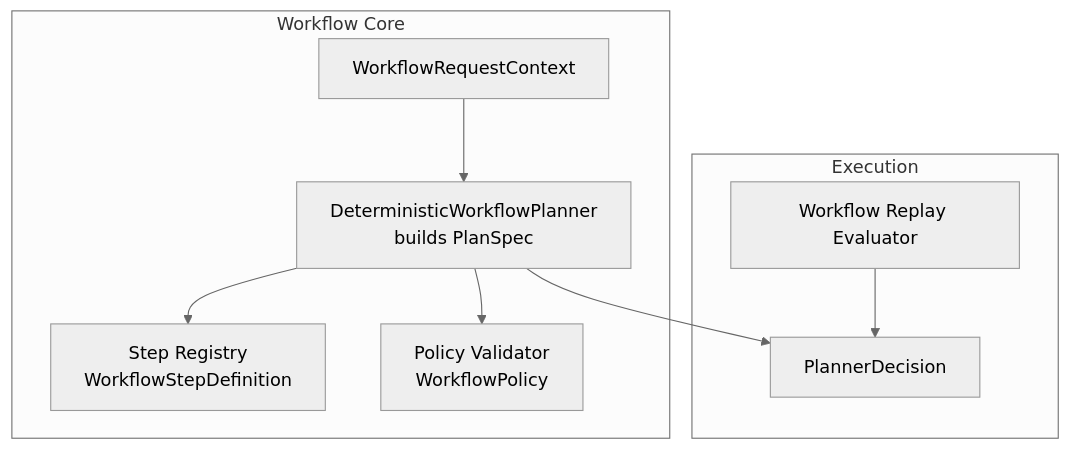
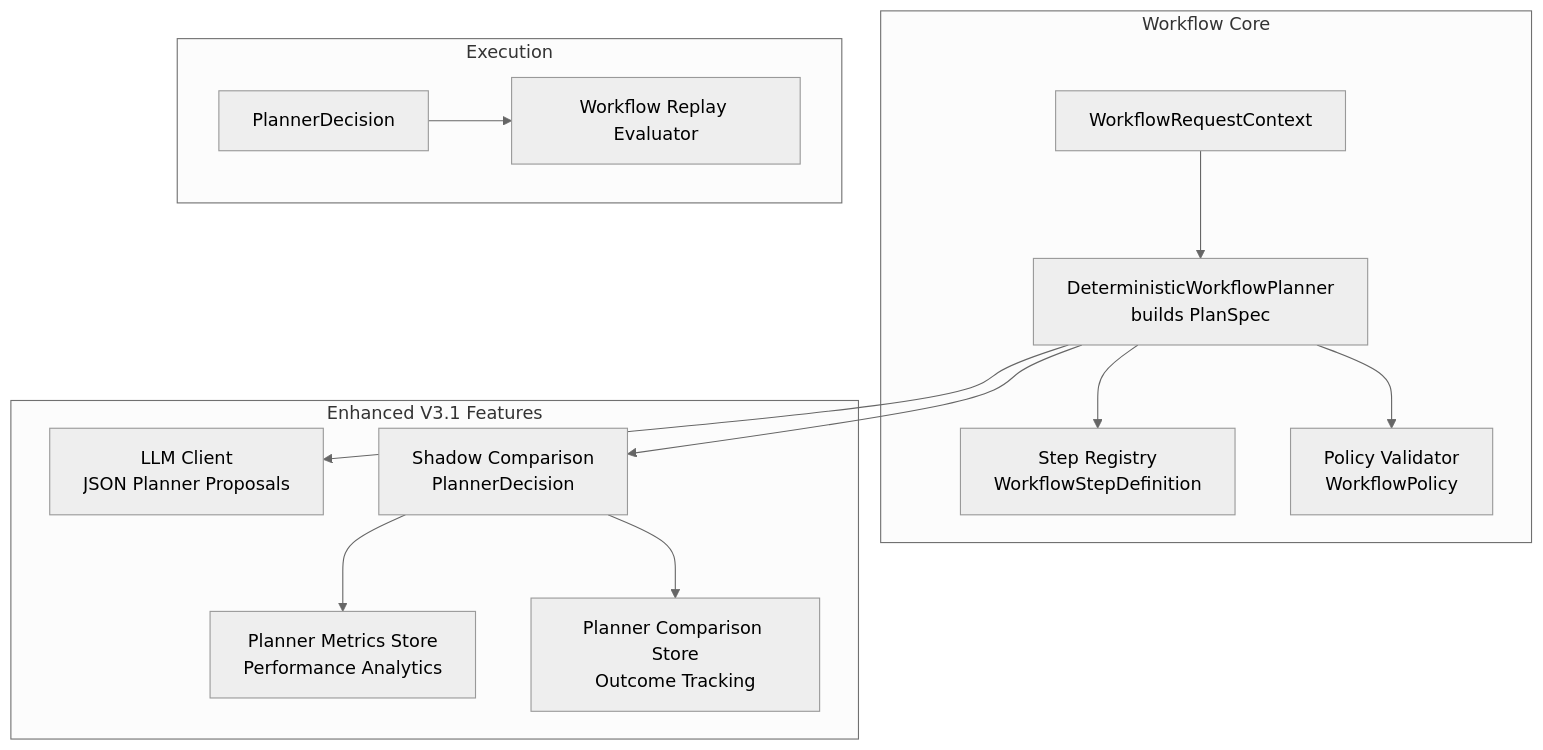
The first of 14 diagrams in .qoder/repowiki/en/content/Workflow System/Workflow System.md (intellistream/sage-mate), drawn with Mermaid (neutral theme) before and after one commit. The commit also changed other lines of this file and 60 other files, not shown here.

````diff
--- a/.qoder/repowiki/en/content/Workflow System/Workflow System.md
+++ b/.qoder/repowiki/en/content/Workflow System/Workflow System.md
@@ -44,18 +62,27 @@
 ```mermaid
 graph TB
 subgraph "Workflow Core"
 WP["DeterministicWorkflowPlanner<br/>builds PlanSpec"]
 ST["Step Registry<br/>WorkflowStepDefinition"]
 PC["Policy Validator<br/>WorkflowPolicy"]
 CTX["WorkflowRequestContext"]
 end
+subgraph "Enhanced V3.1 Features"
+LLM["LLM Client<br/>JSON Planner Proposals"]
+SC["Shadow Comparison<br/>PlannerDecision"]
+PM["Planner Metrics Store<br/>Performance Analytics"]
+PCOMP["Planner Comparison Store<br/>Outcome Tracking"]
+end
 subgraph "Execution"
 DEC["PlannerDecision"]
 EVAL["Workflow Replay Evaluator"]
 end
 CTX --> WP
 WP --> ST
 WP --> PC
-WP --> DEC
-EVAL --> DEC
+WP --> LLM
+WP --> SC
+SC --> PM
+SC --> PCOMP
+DEC --> EVAL
 ```
````
